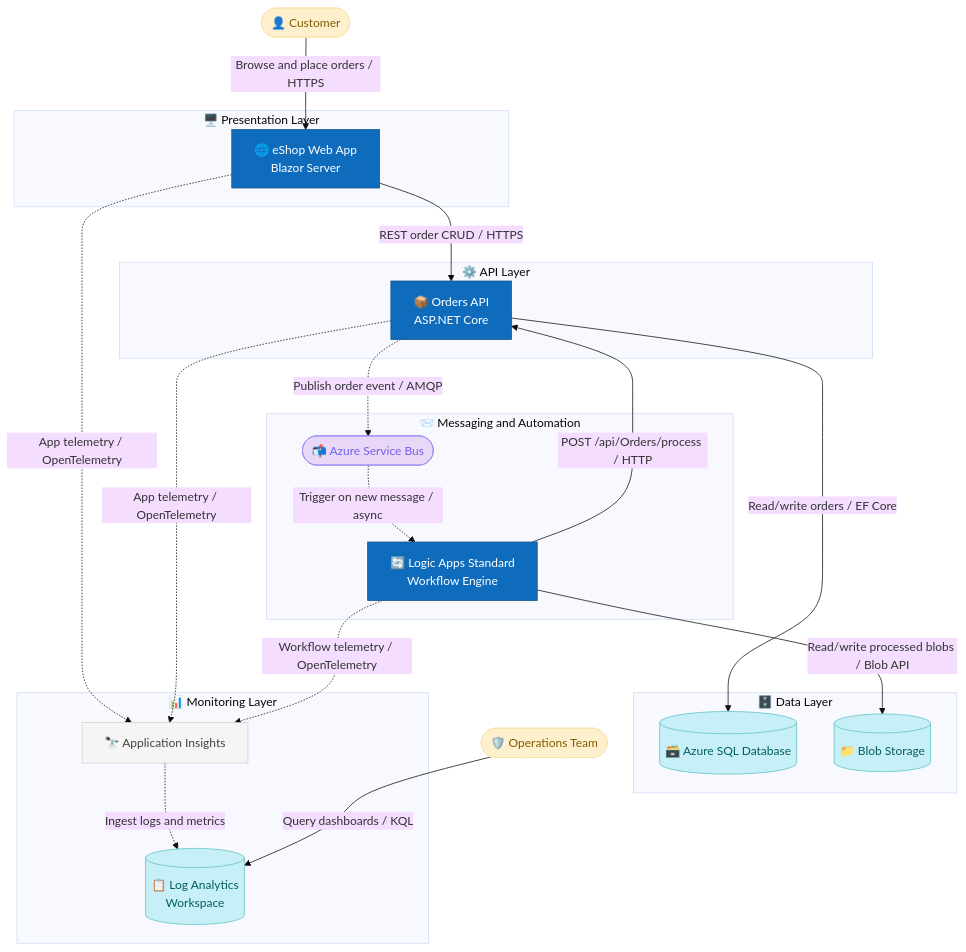
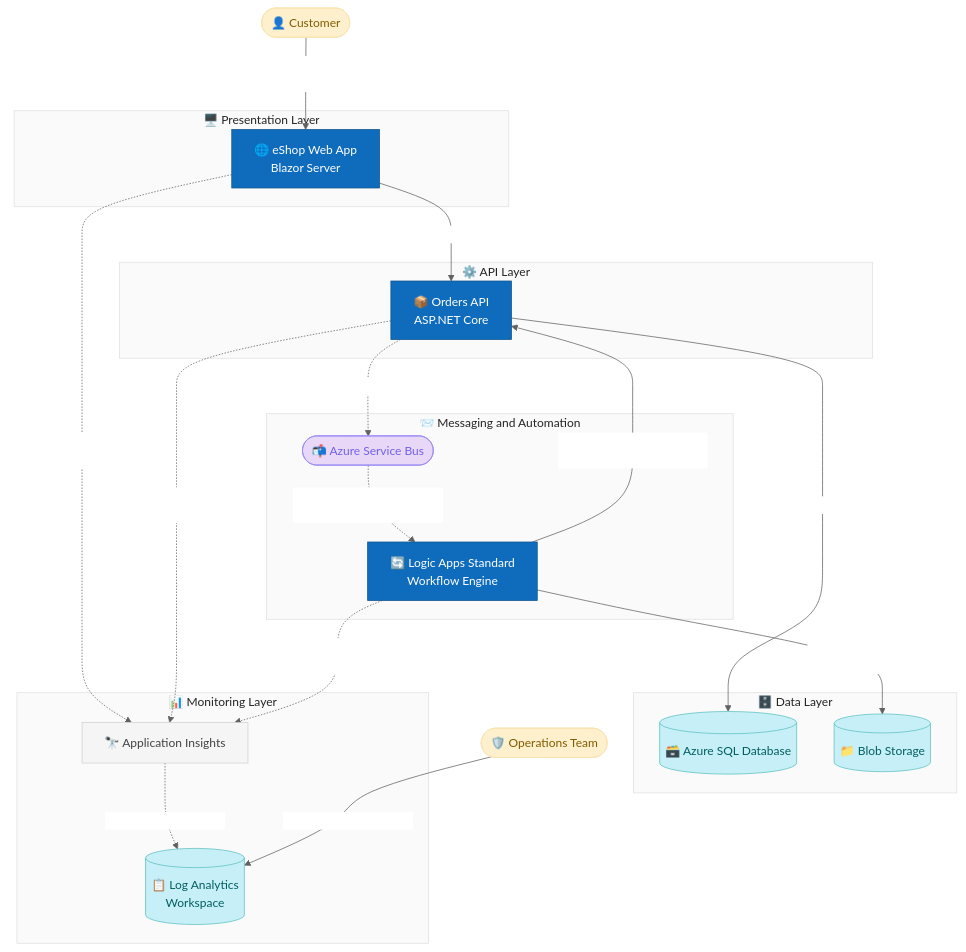
The diagram in README.md (Evilazaro/Azure-LogicApps-Monitoring), drawn with Mermaid before and after one commit.

Commit message:
Refactor theme configuration in README.md to use themeVariables for improved clarity

````diff
--- a/README.md
+++ b/README.md
@@ -42,31 +42,33 @@
 ```mermaid
 ---
 config:
-  primaryColor: "#0f6cbd"
-  primaryTextColor: "#FFFFFF"
-  primaryBorderColor: "#0f548c"
-  secondaryColor: "#ebf3fc"
-  secondaryTextColor: "#242424"
-  secondaryBorderColor: "#0f6cbd"
-  tertiaryColor: "#f5f5f5"
-  tertiaryTextColor: "#424242"
-  tertiaryBorderColor: "#d1d1d1"
-  noteBkgColor: "#fefbf4"
-  noteTextColor: "#242424"
-  noteBorderColor: "#f9e2ae"
-  lineColor: "#616161"
-  background: "#FFFFFF"
-  edgeLabelBackground: "#FFFFFF"
-  clusterBkg: "#fafafa"
-  clusterBorder: "#e0e0e0"
-  titleColor: "#242424"
-  errorBkgColor: "#fdf3f4"
-  errorTextColor: "#b10e1c"
-  fontFamily: "Segoe UI, Verdana, sans-serif"
-  fontSize: 16
   theme: base
   align: center
   description: "High-level architecture diagram showing actors, primary flows, and major components."
+  themeVariables:
+    primaryColor: "#0f6cbd"
+    primaryTextColor: "#FFFFFF"
+    primaryBorderColor: "#0f548c"
+    secondaryColor: "#ebf3fc"
+    secondaryTextColor: "#242424"
+    secondaryBorderColor: "#0f6cbd"
+    tertiaryColor: "#f5f5f5"
+    tertiaryTextColor: "#424242"
+    tertiaryBorderColor: "#d1d1d1"
+    noteBkgColor: "#fefbf4"
+    noteTextColor: "#242424"
+    noteBorderColor: "#f9e2ae"
+    lineColor: "#616161"
+    background: "#FFFFFF"
+    edgeLabelBackground: "#FFFFFF"
+    clusterBkg: "#fafafa"
+    clusterBorder: "#e0e0e0"
+    titleColor: "#242424"
+    errorBkgColor: "#fdf3f4"
+    errorTextColor: "#b10e1c"
+    fontFamily: "Segoe UI, Verdana, sans-serif"
+    fontSize: 16
+
 ---
 flowchart TB
 
````
